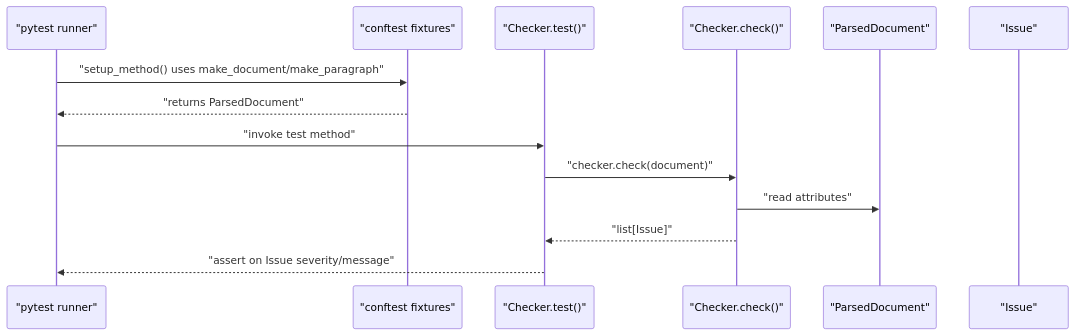
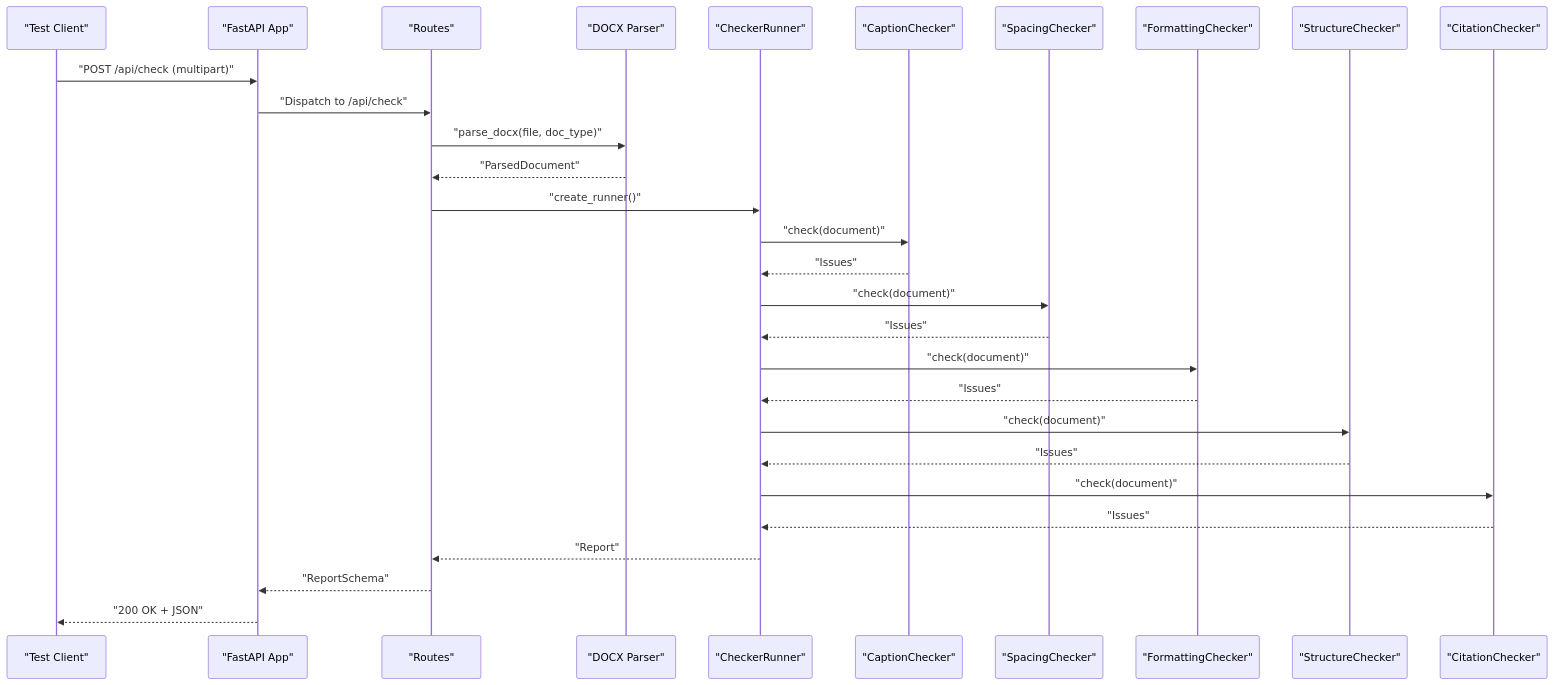
The second of 6 diagrams in .qoder/repowiki/en/content/Testing Strategy.md (geekeraman/dissertation-checker), drawn with Mermaid before and after one commit. The commit also changed other lines of this file and 88 other files, not shown here.

Commit message:
feat: enhance all checkers with GOST 7.32-2017 requirements — heading centering, paragraph indent, page breaks, Kazakh caption format, citation consistency, abstract word count, fix parser bugs (Twips, false sections)

````diff
--- a/.qoder/repowiki/en/content/Testing Strategy.md
+++ b/.qoder/repowiki/en/content/Testing Strategy.md
@@ -129,16 +174,31 @@
 ```mermaid
 sequenceDiagram
-participant T as "pytest runner"
-participant F as "conftest fixtures"
-participant TC as "Checker.test()"
-participant CK as "Checker.check()"
-participant PD as "ParsedDocument"
-participant ISS as "Issue"
-T->>F : "setup_method() uses make_document/make_paragraph"
-F-->>T : "returns ParsedDocument"
-T->>TC : "invoke test method"
-TC->>CK : "checker.check(document)"
-CK->>PD : "read attributes"
-CK-->>TC : "list[Issue]"
-TC-->>T : "assert on Issue severity/message"
+participant Client as "Test Client"
+participant API as "FastAPI App"
+participant Router as "Routes"
+participant Parser as "DOCX Parser"
+participant Runner as "CheckerRunner"
+participant Capt as "CaptionChecker"
+participant Spa as "SpacingChecker"
+participant Form as "FormattingChecker"
+participant Struct as "StructureChecker"
+participant Cit as "CitationChecker"
+Client->>API : "POST /api/check (multipart)"
+API->>Router : "Dispatch to /api/check"
+Router->>Parser : "parse_docx(file, doc_type)"
+Parser-->>Router : "ParsedDocument"
+Router->>Runner : "create_runner()"
+Runner->>Capt : "check(document)"
+Capt-->>Runner : "Issues"
+Runner->>Spa : "check(document)"
+Spa-->>Runner : "Issues"
+Runner->>Form : "check(document)"
+Form-->>Runner : "Issues"
+Runner->>Struct : "check(document)"
+Struct-->>Runner : "Issues"
+Runner->>Cit : "check(document)"
+Cit-->>Runner : "Issues"
+Runner-->>Router : "Report"
+Router-->>API : "ReportSchema"
+API-->>Client : "200 OK + JSON"
 ```
````
